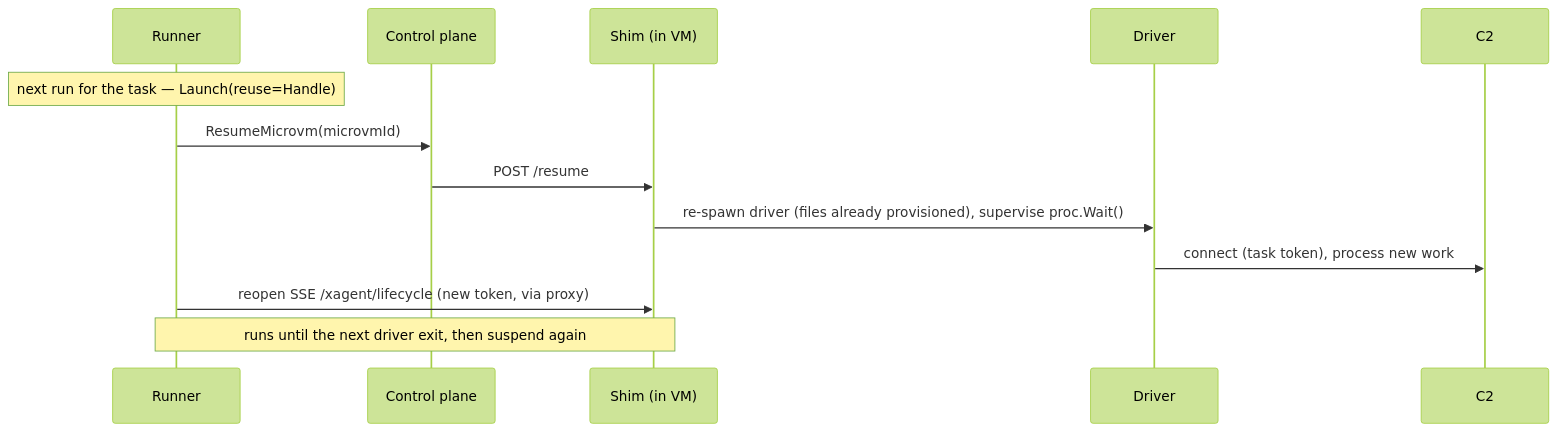
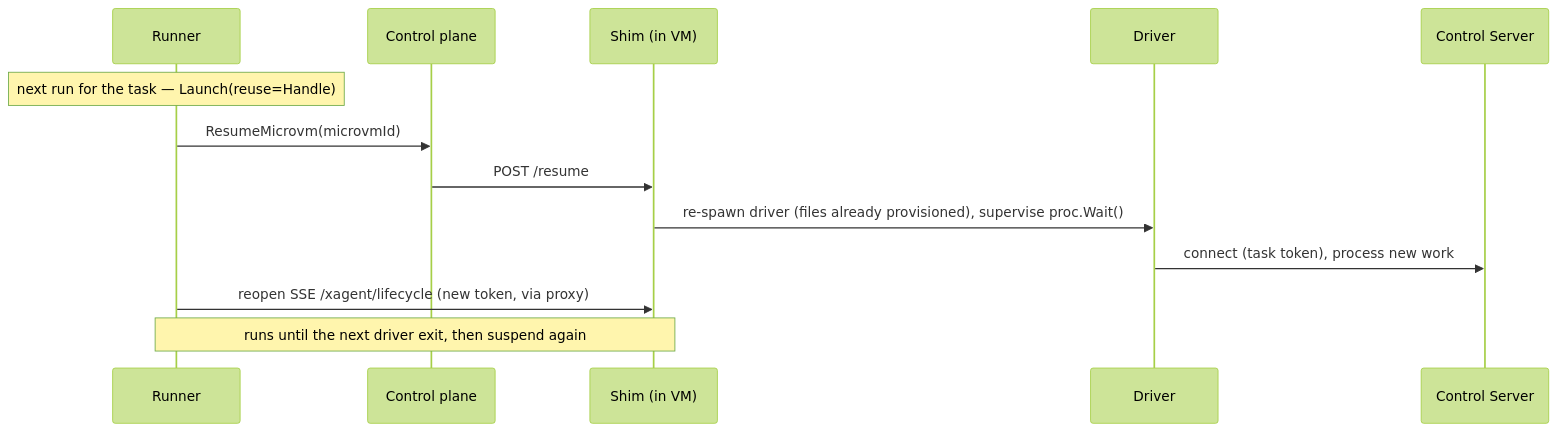
The second of 4 diagrams in proposals/draft/lambda-microvm-backend.md (icholy/xagent), drawn with Mermaid (forest theme) before and after one commit. The commit also changed other lines of this file and 32 other files, not shown here.

````diff
--- a/proposals/draft/lambda-microvm-backend.md
+++ b/proposals/draft/lambda-microvm-backend.md
@@ -309,16 +309,16 @@
 ```mermaid
 sequenceDiagram
     participant R as Runner
     participant CP as Control plane
     participant Shim as Shim (in VM)
     participant Drv as Driver
-    participant C2
+    participant Server as Control Server
 
     Note over R: next run for the task — Launch(reuse=Handle)
     R->>CP: ResumeMicrovm(microvmId)
     CP->>Shim: POST /resume
     Shim->>Drv: re-spawn driver (files already provisioned), supervise proc.Wait()
-    Drv->>C2: connect (task token), process new work
+    Drv->>Server: connect (task token), process new work
     R->>Shim: reopen SSE /xagent/lifecycle (new token, via proxy)
     Note over R,Shim: runs until the next driver exit, then suspend again
 ```
````
